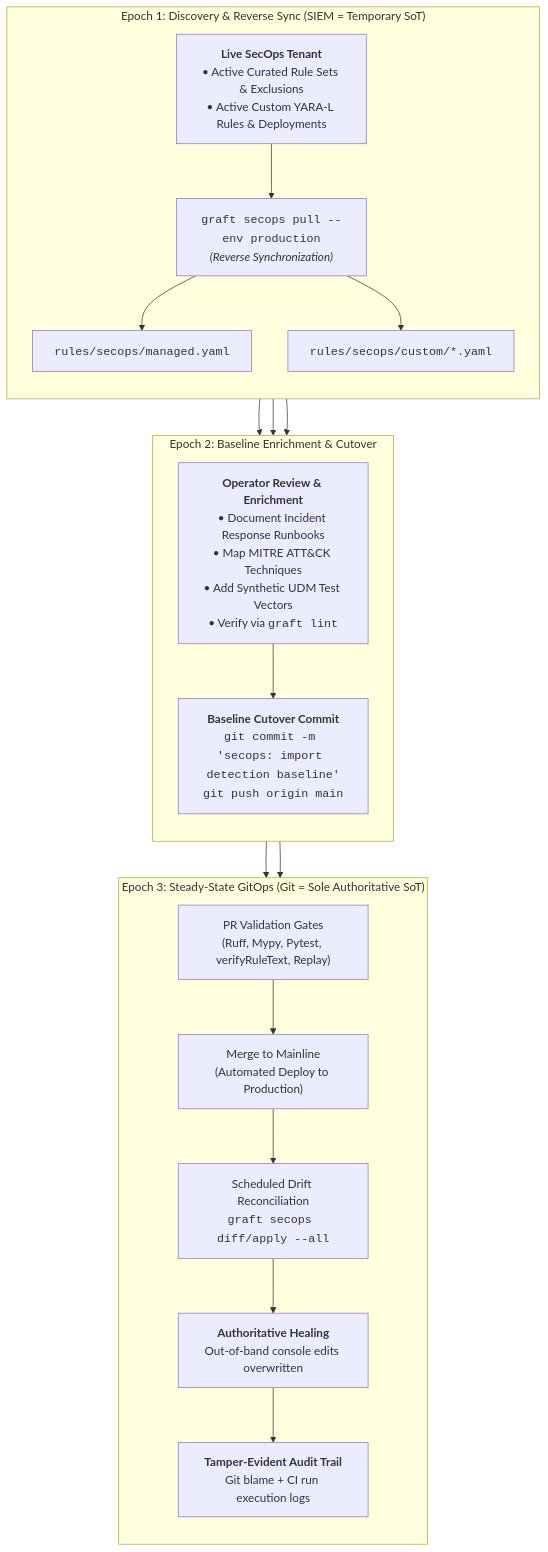
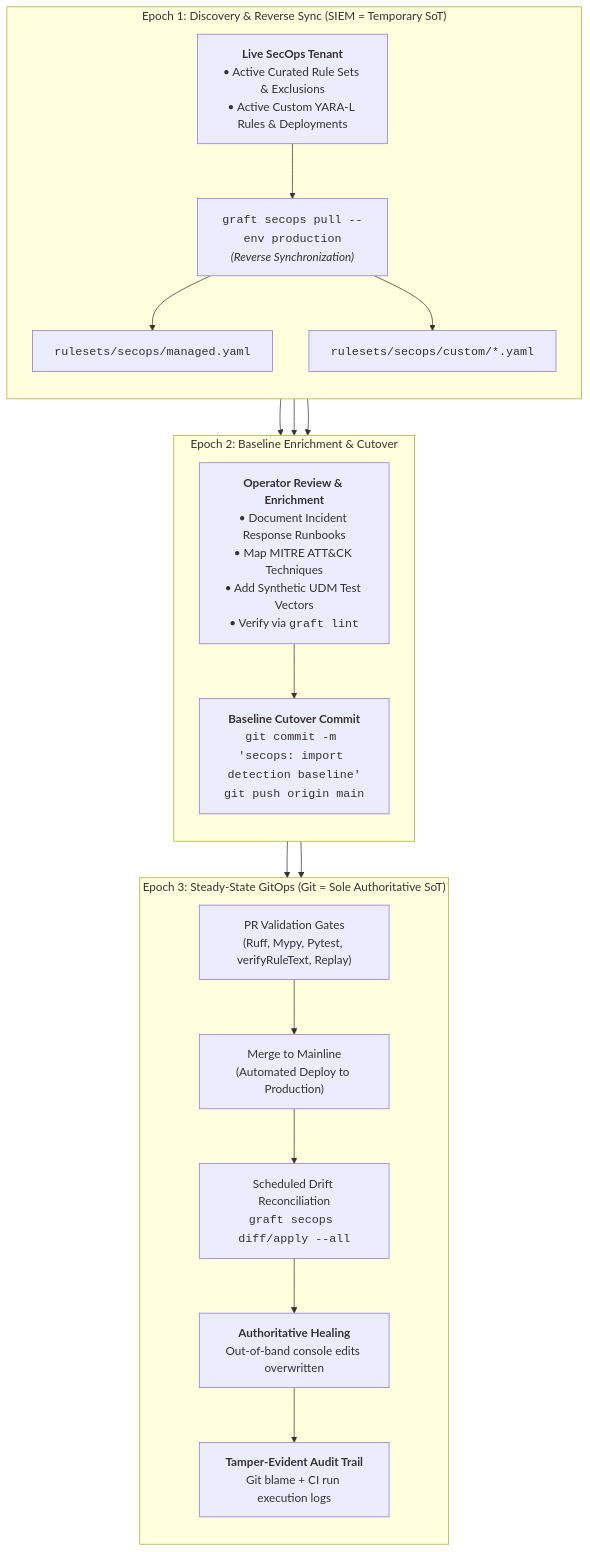
The first of 2 diagrams in docs/operators/adoption.md (lopes/graft), drawn with Mermaid before and after one commit. The commit also changed other lines of this file and 15 other files, not shown here.

````diff
--- a/docs/operators/adoption.md
+++ b/docs/operators/adoption.md
@@ -23,37 +23,37 @@
 ```mermaid
 flowchart TD
     subgraph E1["Epoch 1: Discovery & Reverse Sync (SIEM = Temporary SoT)"]
         direction TB
         SIEM["<b>Live SecOps Tenant</b><br/>• Active Curated Rule Sets & Exclusions<br/>• Active Custom YARA-L Rules & Deployments"]
         PULL["<code>graft secops pull --env production</code><br/><i>(Reverse Synchronization)</i>"]
         SIEM --> PULL
-        PULL --> MAN["<code>rules/secops/managed.yaml</code>"]
-        PULL --> CUST["<code>rules/secops/custom/*.yaml</code>"]
+        PULL --> MAN["<code>rulesets/secops/managed.yaml</code>"]
+        PULL --> CUST["<code>rulesets/secops/custom/*.yaml</code>"]
     end
 
     subgraph E2["Epoch 2: Baseline Enrichment & Cutover"]
         direction TB
         ENRICH["<b>Operator Review & Enrichment</b><br/>• Document Incident Response Runbooks<br/>• Map MITRE ATT&CK Techniques<br/>• Add Synthetic UDM Test Vectors<br/>• Verify via <code>graft lint</code>"]
         COMMIT["<b>Baseline Cutover Commit</b><br/><code>git commit -m 'secops: import detection baseline'</code><br/><code>git push origin main</code>"]
         MAN --> ENRICH
         CUST --> ENRICH
         ENRICH --> COMMIT
     end
 
     subgraph E3["Epoch 3: Steady-State GitOps (Git = Sole Authoritative SoT)"]
         direction TB
         PR["PR Validation Gates<br/>(Ruff, Mypy, Pytest, verifyRuleText, Replay)"]
         MERGE["Merge to Mainline<br/>(Automated Deploy to Production)"]
         DRIFT["Scheduled Drift Reconciliation<br/><code>graft secops diff/apply --all</code>"]
         OVERWRITE["<b>Authoritative Healing</b><br/>Out-of-band console edits overwritten"]
         AUDIT["<b>Tamper-Evident Audit Trail</b><br/>Git blame + CI run execution logs"]
 
         COMMIT --> PR
         PR --> MERGE
         MERGE --> DRIFT
         DRIFT --> OVERWRITE
         OVERWRITE --> AUDIT
     end
 
     E1 --> E2 --> E3
 ```
````
